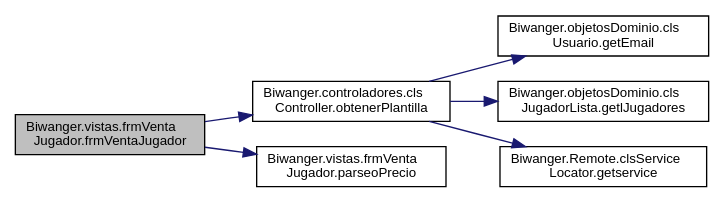
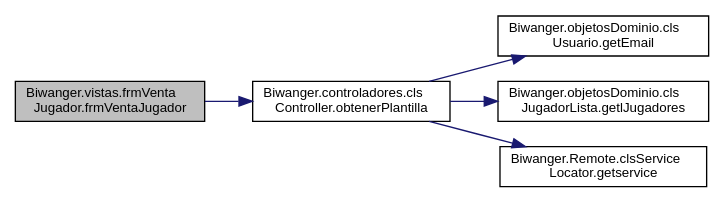
One commit to nagorecb/BiwangerCliente changed the diagram in docs/class_biwanger_1_1vistas_1_1frm_venta_jugador_af19181c962bc32d436bc76fe1aacf4d2_cgraph.dot. Above: the diagram before and after it, drawn with Graphviz. The commit also changed 177 other files, not shown here.

```diff
--- a/docs/class_biwanger_1_1vistas_1_1frm_venta_jugador_af19181c962bc32d436bc76fe1aacf4d2_cgraph.dot
+++ b/docs/class_biwanger_1_1vistas_1_1frm_venta_jugador_af19181c962bc32d436bc76fe1aacf4d2_cgraph.dot
@@ -1,18 +1,16 @@
 digraph "Biwanger.vistas.frmVentaJugador.frmVentaJugador"
 {
  // LATEX_PDF_SIZE
   edge [fontname="Helvetica",fontsize="10",labelfontname="Helvetica",labelfontsize="10"];
   node [fontname="Helvetica",fontsize="10",shape=record];
   rankdir="LR";
   Node1 [label="Biwanger.vistas.frmVenta\lJugador.frmVentaJugador",height=0.2,width=0.4,color="black", fillcolor="grey75", style="filled", fontcolor="black",tooltip=" "];
   Node1 -> Node2 [color="midnightblue",fontsize="10",style="solid",fontname="Helvetica"];
   Node2 [label="Biwanger.controladores.cls\lController.obtenerPlantilla",height=0.2,width=0.4,color="black", fillcolor="white", style="filled",URL="$class_biwanger_1_1controladores_1_1cls_controller.html#a5df708f28d5e8f20eca5fcb4f1492e80",tooltip=" "];
   Node2 -> Node3 [color="midnightblue",fontsize="10",style="solid",fontname="Helvetica"];
   Node3 [label="Biwanger.objetosDominio.cls\lUsuario.getEmail",height=0.2,width=0.4,color="black", fillcolor="white", style="filled",URL="$class_biwanger_1_1objetos_dominio_1_1cls_usuario.html#a7a2571ffb1600ef13c95a684b53a4fbb",tooltip=" "];
   Node2 -> Node4 [color="midnightblue",fontsize="10",style="solid",fontname="Helvetica"];
   Node4 [label="Biwanger.objetosDominio.cls\lJugadorLista.getlJugadores",height=0.2,width=0.4,color="black", fillcolor="white", style="filled",URL="$class_biwanger_1_1objetos_dominio_1_1cls_jugador_lista.html#a186bef2cf28c954cc1dfe6c20fa6b35d",tooltip=" "];
   Node2 -> Node5 [color="midnightblue",fontsize="10",style="solid",fontname="Helvetica"];
   Node5 [label="Biwanger.Remote.clsService\lLocator.getservice",height=0.2,width=0.4,color="black", fillcolor="white", style="filled",URL="$class_biwanger_1_1_remote_1_1cls_service_locator.html#ab5887258804ee4871414885b9482a13b",tooltip=" "];
-  Node1 -> Node6 [color="midnightblue",fontsize="10",style="solid",fontname="Helvetica"];
-  Node6 [label="Biwanger.vistas.frmVenta\lJugador.parseoPrecio",height=0.2,width=0.4,color="black", fillcolor="white", style="filled",URL="$class_biwanger_1_1vistas_1_1frm_venta_jugador.html#a4c948aa1bdb18f895fc1439d61f6e3a1",tooltip=" "];
 }
```
